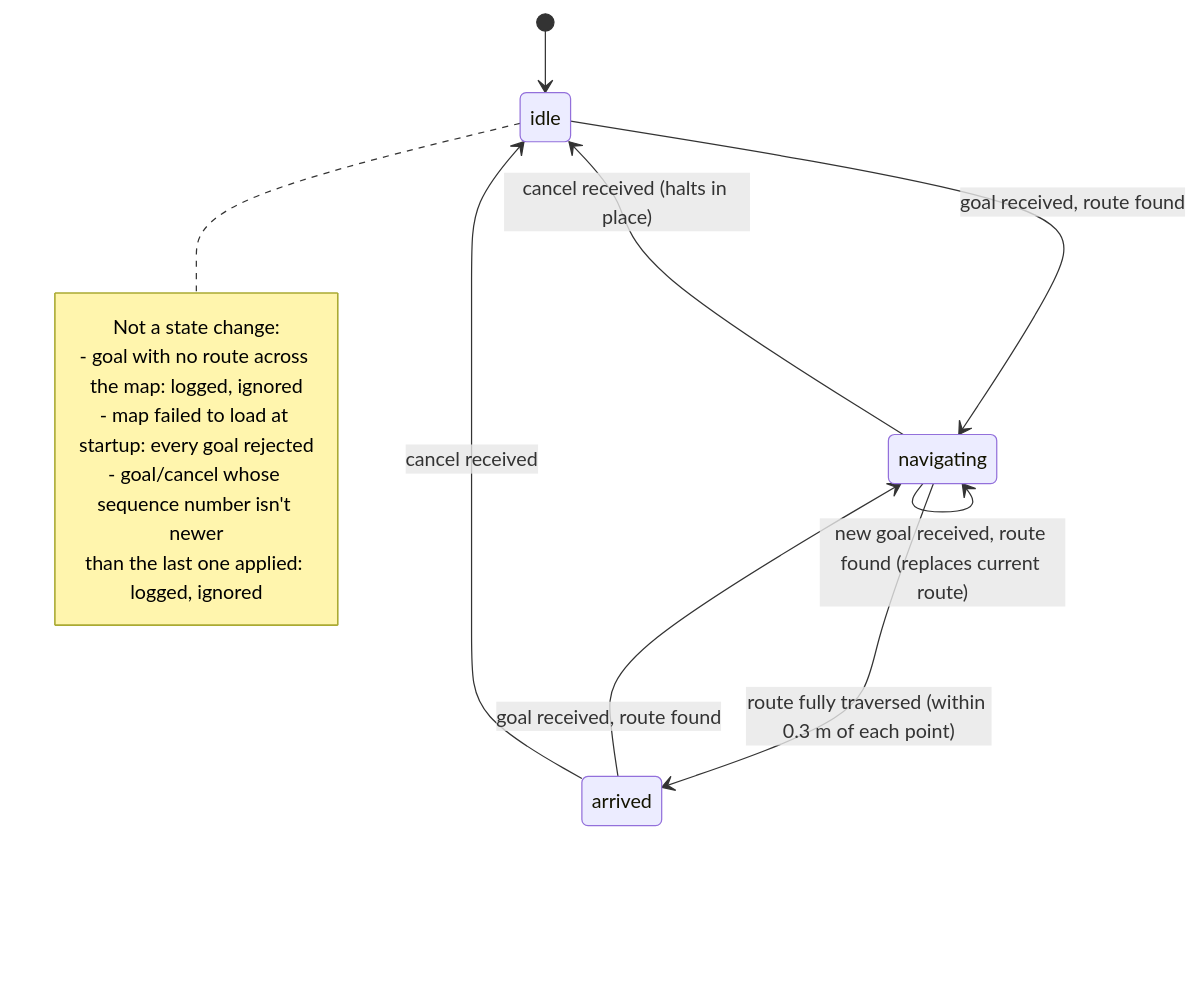
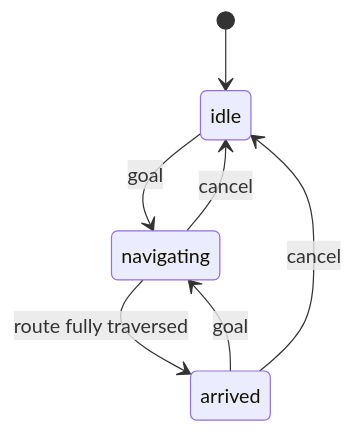
Before and after one commit to patrol-knight/husky: the second of 2 diagrams in experiments/dummy_robot/README.md, drawn with Mermaid. The commit also changed other lines of this file and 12 other files, not shown here.

````diff
--- a/experiments/dummy_robot/README.md
+++ b/experiments/dummy_robot/README.md
@@ -89,19 +41,9 @@
 ```mermaid
 stateDiagram-v2
     [*] --> idle
-
-    idle --> navigating : goal received, route found
-    arrived --> navigating : goal received, route found
-    navigating --> navigating : new goal received, route found (replaces current route)
-    navigating --> arrived : route fully traversed (within 0.3 m of each point)
-    navigating --> idle : cancel received (halts in place)
-    arrived --> idle : cancel received
-
-    note right of idle
-        Not a state change:
-        - goal with no route across the map: logged, ignored
-        - map failed to load at startup: every goal rejected
-        - goal/cancel whose sequence number isn't newer
-          than the last one applied: logged, ignored
-    end note
+    idle --> navigating : goal
+    arrived --> navigating : goal
+    navigating --> arrived : route fully traversed 
+    navigating --> idle : cancel
+    arrived --> idle : cancel
 ```
````
